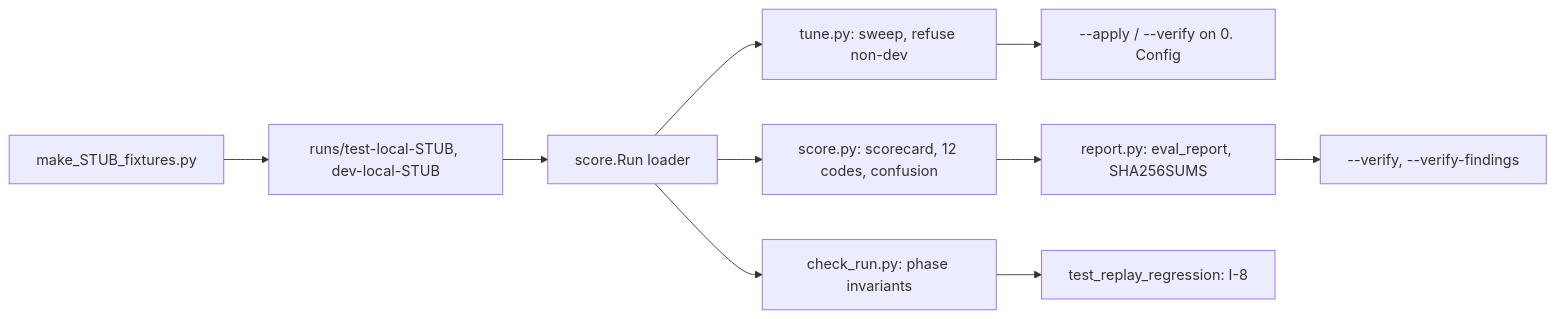
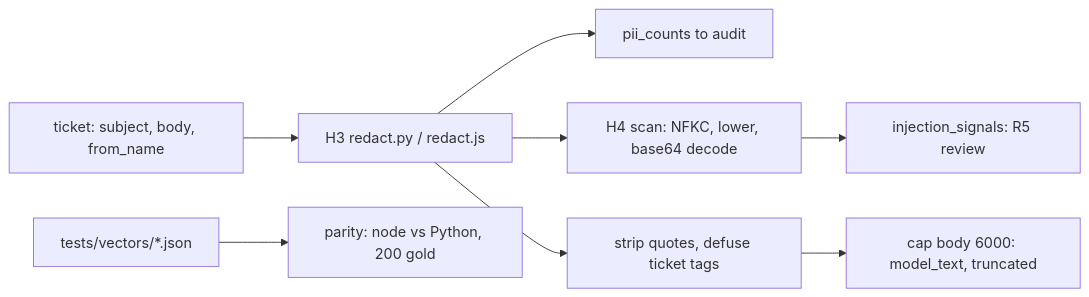
The diagram in .ai/REVIEW.md (beyondalgorithms2026-source/support-triage-n8n), drawn with Mermaid before and after one commit. The commit also changed other lines of this file and 11 other files, not shown here.

First line of the commit message:
T4-04: PII redaction and injection scan (Python reference + JS twin)

````diff
--- a/.ai/REVIEW.md
+++ b/.ai/REVIEW.md
@@ -10,12 +10,10 @@
 ```mermaid
 flowchart LR
-  F["make_STUB_fixtures.py"] --> R["runs/test-local-STUB, dev-local-STUB"]
-  R --> L["score.Run loader"]
-  L --> S["score.py: scorecard, 12 codes, confusion"]
-  L --> C["check_run.py: phase invariants"]
-  L --> T["tune.py: sweep, refuse non-dev"]
-  T --> W["--apply / --verify on 0. Config"]
-  S --> P["report.py: eval_report, SHA256SUMS"]
-  P --> V["--verify, --verify-findings"]
-  C --> X["test_replay_regression: I-8"]
+  T["ticket: subject, body, from_name"] --> R["H3 redact.py / redact.js"]
+  R --> C["pii_counts to audit"]
+  R --> S["H4 scan: NFKC, lower, base64 decode"]
+  S --> G["injection_signals: R5 review"]
+  R --> Q["strip quotes, defuse ticket tags"]
+  Q --> M["cap body 6000: model_text, truncated"]
+  V["tests/vectors/*.json"] --> P["parity: node vs Python, 200 gold"]
 ```
````
